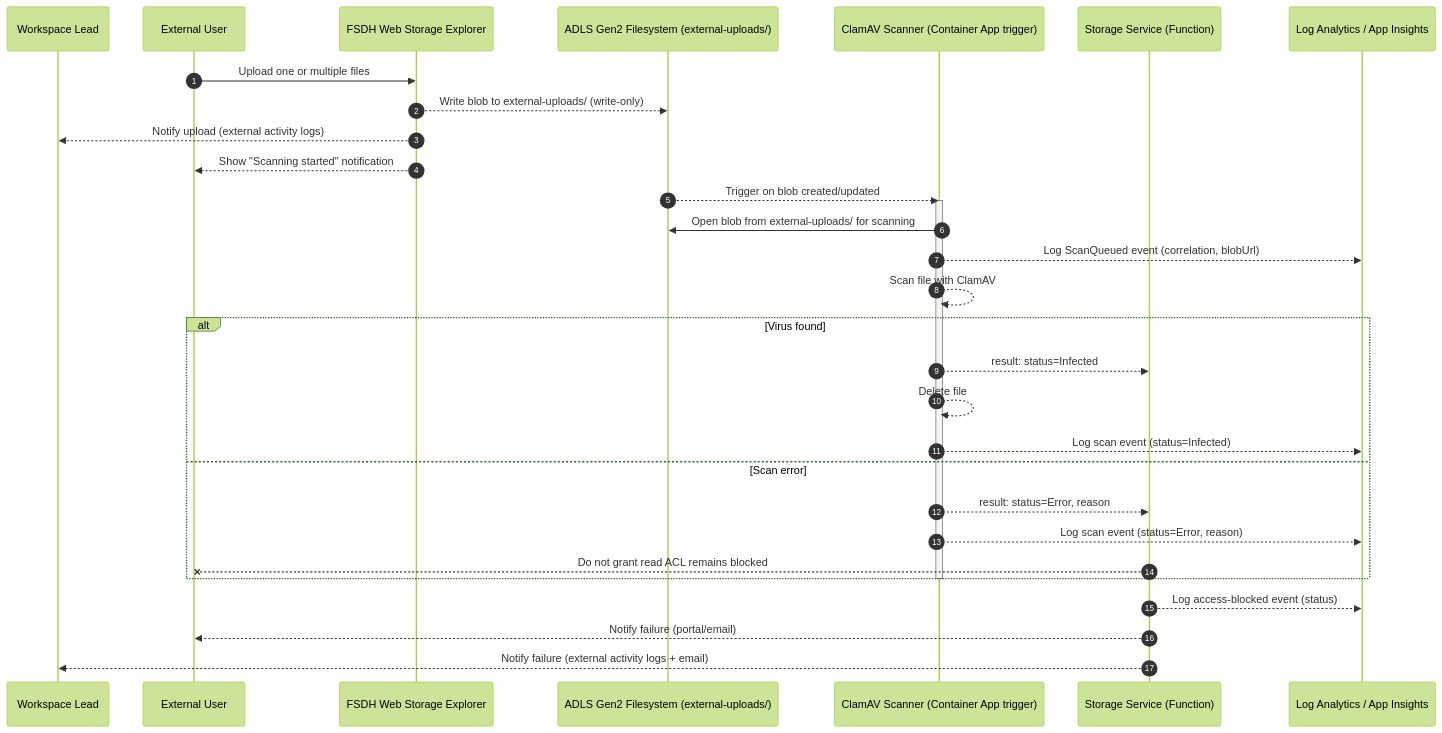
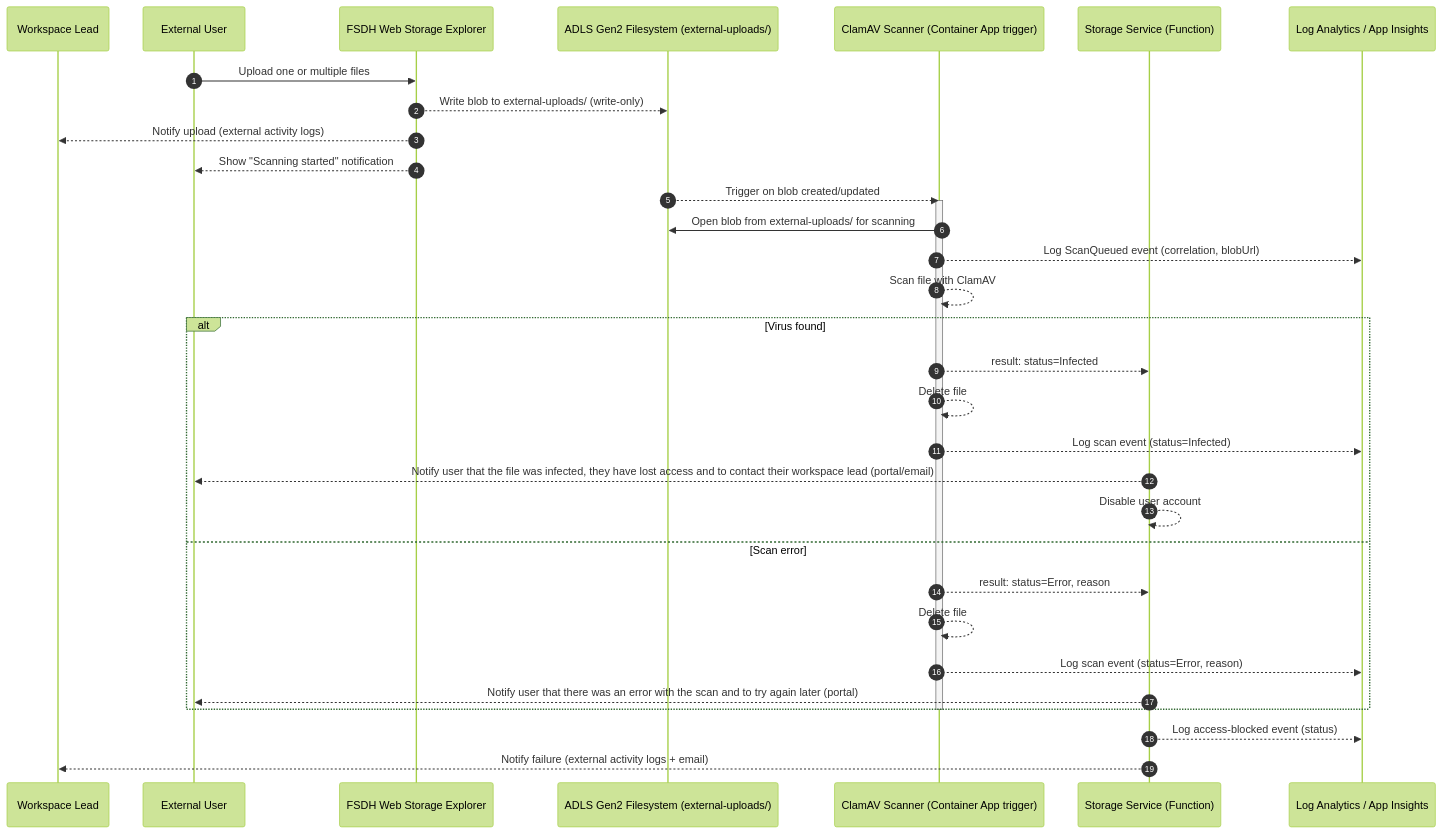
The third of 4 diagrams in DeveloperGuide/ClamAV/clamav-ACLs.md (ssc-sp/datahub-docs), drawn with Mermaid (forest theme) before and after one commit. The commit also changed other lines of this file, not shown here.

````diff
--- a/DeveloperGuide/ClamAV/clamav-ACLs.md
+++ b/DeveloperGuide/ClamAV/clamav-ACLs.md
@@ -103,34 +108,36 @@
 ```mermaid
 sequenceDiagram
 autonumber
 participant WL as Workspace Lead
 participant U as External User
 participant UC as FSDH Web Storage Explorer
 participant FS as ADLS Gen2 Filesystem (external-uploads/)
 participant AV as ClamAV Scanner (Container App trigger)
 participant AS as Storage Service (Function)
 participant L as Log Analytics / App Insights
 
 U->>UC: Upload one or multiple files
 UC-->>FS: Write blob to external-uploads/ (write-only)
 UC-->>WL: Notify upload (external activity logs)
 UC-->>U: Show "Scanning started" notification
 FS-->>AV: Trigger on blob created/updated
 activate AV
 AV->>FS: Open blob from external-uploads/ for scanning
 AV-->>L: Log ScanQueued event (correlation, blobUrl)
 AV-->>AV: Scan file with ClamAV
 alt Virus found
   AV-->>AS: result: status=Infected
   AV-->>AV: Delete file
   AV-->>L: Log scan event (status=Infected)
+  AS-->>U: Notify user that the file was infected, they have lost access and to contact their workspace lead (portal/email)
+  AS-->>AS: Disable user account
 else Scan error
   AV-->>AS: result: status=Error, reason
-  AV-->>L: Log scan event (status=Error, reason)
-  AS--x U: Do not grant read ACL remains blocked
+  AV-->>AV: Delete file
+  AV-->>L: Log scan event (status=Error, reason)    
+  AS-->>U: Notify user that there was an error with the scan and to try again later (portal)
 end
 deactivate AV
 AS-->>L: Log access-blocked event (status)
-AS-->>U: Notify failure (portal/email)
 AS-->>WL: Notify failure (external activity logs + email)
 ```
````
